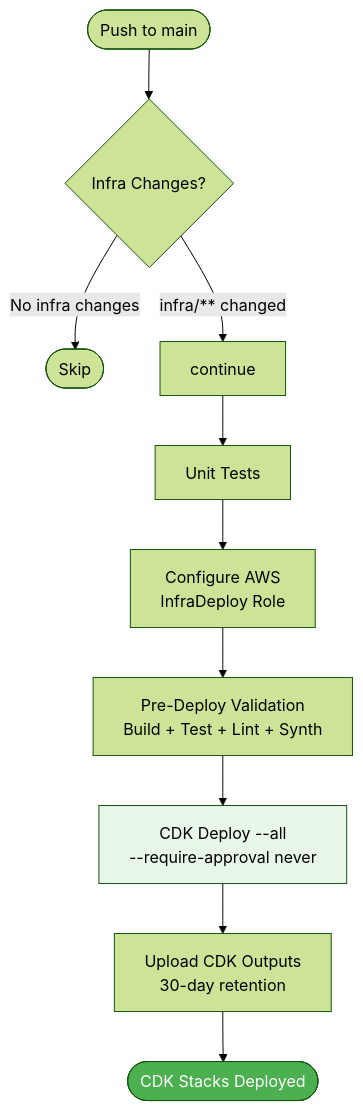
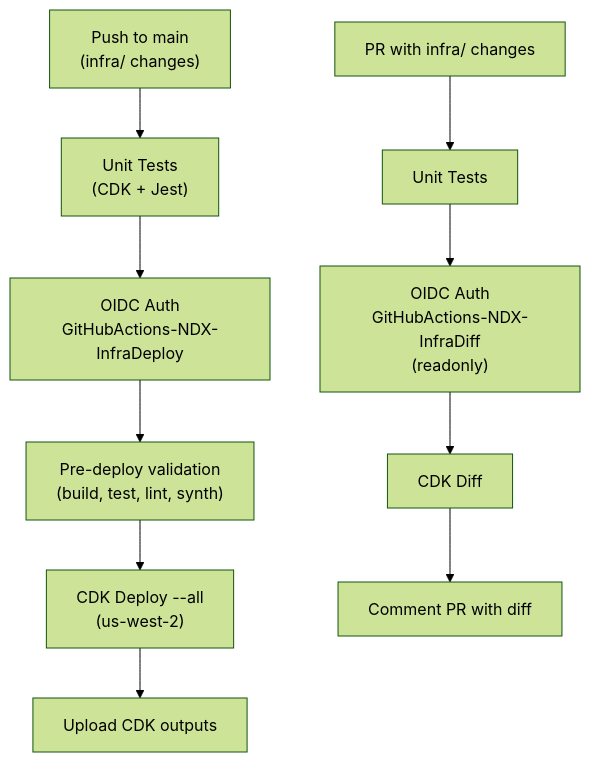
Before and after one commit to co-cddo/ndx-try-arch: the third of 15 diagrams in docs/52-deployment-flows.md, drawn with Mermaid (forest theme). The commit also changed other lines of this file and 41 other files, not shown here.

First line of the commit message:
docs: update NDX architecture documentation (#9)

````diff
--- a/docs/52-deployment-flows.md
+++ b/docs/52-deployment-flows.md
@@ -572,17 +110,13 @@
 ```mermaid
-flowchart TB
-    start([Push to main]) --> path_check{Infra Changes?}
-    path_check -->|No infra changes| skip([Skip])
-    path_check -->|infra/** changed| continue
+graph TB
+    A["Push to main<br/>(infra/ changes)"] --> B["Unit Tests<br/>(CDK + Jest)"]
+    B --> C["OIDC Auth<br/>GitHubActions-NDX-InfraDeploy"]
+    C --> D["Pre-deploy validation<br/>(build, test, lint, synth)"]
+    D --> E["CDK Deploy --all<br/>(us-west-2)"]
+    E --> F["Upload CDK outputs"]
 
-    continue --> test[Unit Tests]
-    test --> oidc[Configure AWS<br/>InfraDeploy Role]
-    oidc --> validate[Pre-Deploy Validation<br/>Build + Test + Lint + Synth]
-
-    validate --> deploy[CDK Deploy --all<br/>--require-approval never]
-    deploy --> outputs[Upload CDK Outputs<br/>30-day retention]
-    outputs --> deployed([CDK Stacks Deployed])
-
-    style deploy fill:#e8f5e9
-    style deployed fill:#4caf50,color:#fff
+    G["PR with infra/ changes"] --> H["Unit Tests"]
+    H --> I["OIDC Auth<br/>GitHubActions-NDX-InfraDiff<br/>(readonly)"]
+    I --> J["CDK Diff"]
+    J --> K["Comment PR with diff"]
 ```
````
